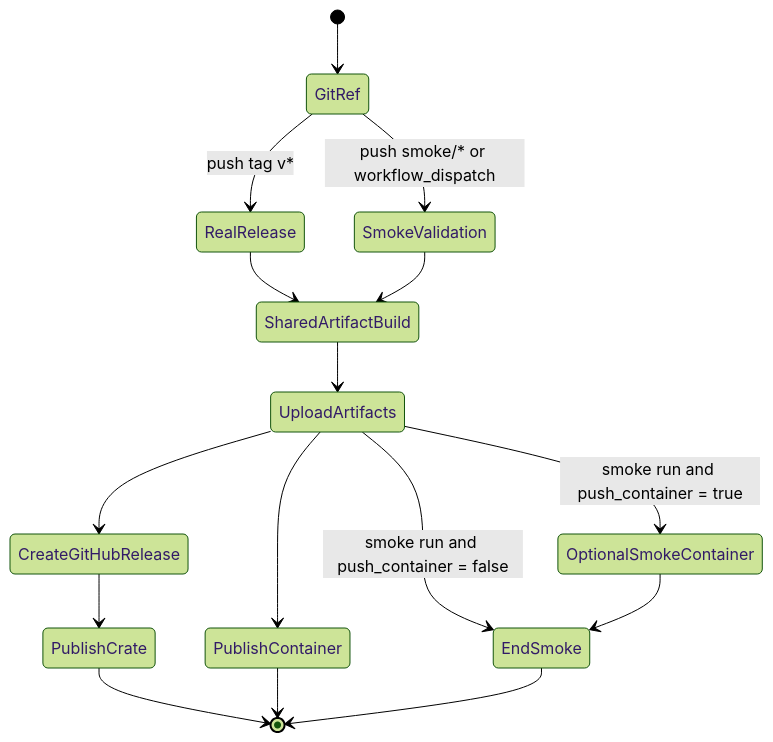
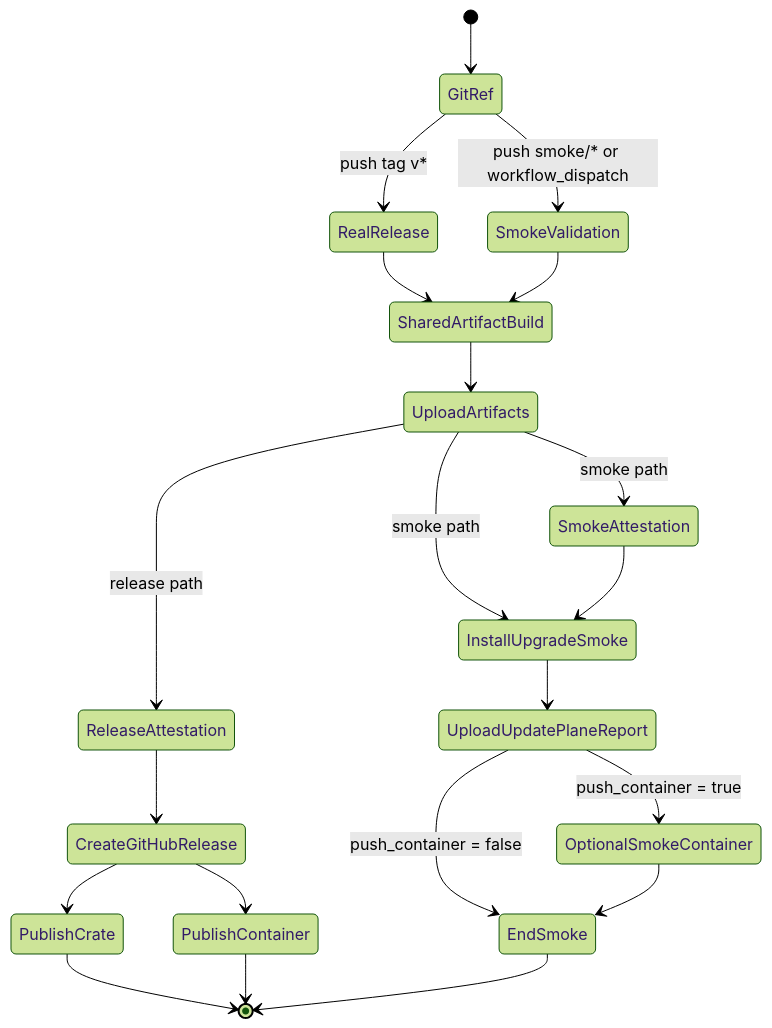
Diagram 14 of 17 in docs/STATE_MACHINES.md (memoryOSScom/memoryOSS), drawn with Mermaid (forest theme) before and after one commit. The commit also changed other lines of this file and 11 other files, not shown here.

````diff
--- a/docs/STATE_MACHINES.md
+++ b/docs/STATE_MACHINES.md
@@ -551,22 +553,29 @@
 ```mermaid
 stateDiagram-v2
     [*] --> GitRef
 
     GitRef --> RealRelease: push tag v*
     GitRef --> SmokeValidation: push smoke/* or workflow_dispatch
 
     RealRelease --> SharedArtifactBuild
     SmokeValidation --> SharedArtifactBuild
 
     SharedArtifactBuild --> UploadArtifacts
-    UploadArtifacts --> CreateGitHubRelease
+    UploadArtifacts --> ReleaseAttestation: release path
+    UploadArtifacts --> SmokeAttestation: smoke path
+    UploadArtifacts --> InstallUpgradeSmoke: smoke path
+
+    ReleaseAttestation --> CreateGitHubRelease
     CreateGitHubRelease --> PublishCrate
-    UploadArtifacts --> PublishContainer
-    UploadArtifacts --> OptionalSmokeContainer: smoke run and push_container = true
-    UploadArtifacts --> EndSmoke: smoke run and push_container = false
+    CreateGitHubRelease --> PublishContainer
+
+    SmokeAttestation --> InstallUpgradeSmoke
+    InstallUpgradeSmoke --> UploadUpdatePlaneReport
+    UploadUpdatePlaneReport --> OptionalSmokeContainer: push_container = true
+    UploadUpdatePlaneReport --> EndSmoke: push_container = false
     OptionalSmokeContainer --> EndSmoke
 
     PublishCrate --> [*]
     PublishContainer --> [*]
     EndSmoke --> [*]
 ```
````
